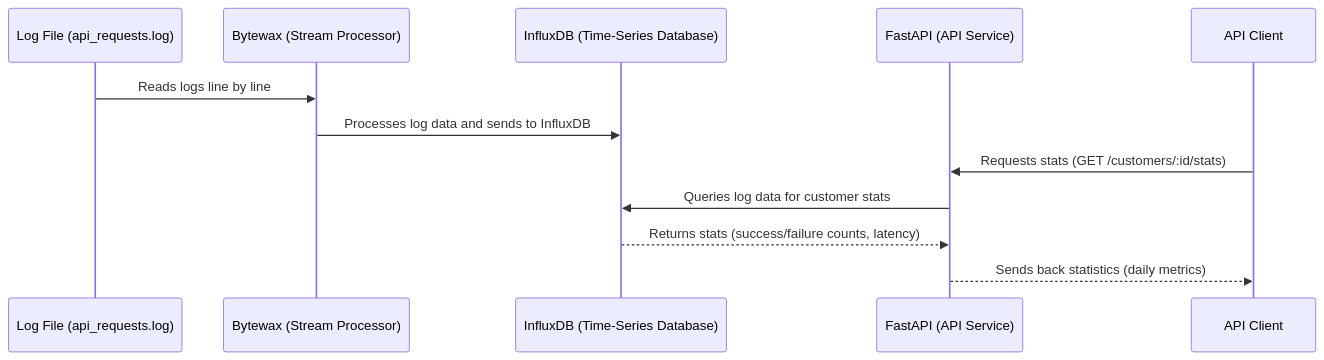
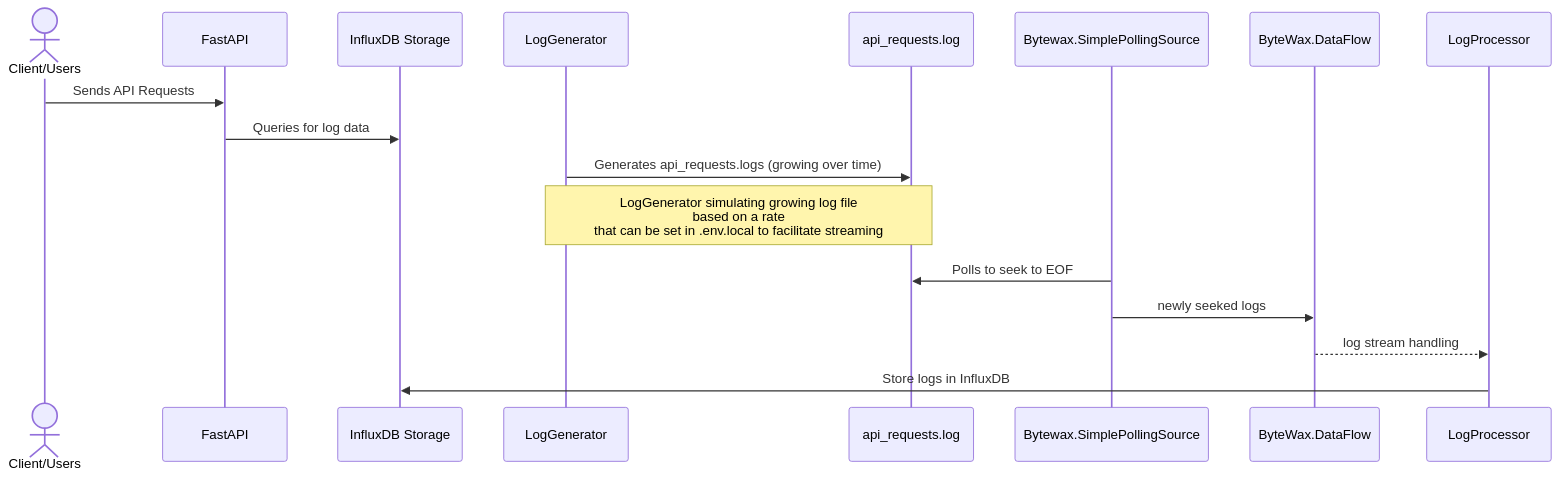
The diagram in readme.md (ashdaily/logstream2influx), drawn with Mermaid before and after one commit. The commit also changed other lines of this file and 1 other file, not shown here.

````diff
--- a/readme.md
+++ b/readme.md
@@ -5,16 +3,22 @@
 ```mermaid
 sequenceDiagram
-    participant LogFile as Log File (api_requests.log)
-    participant Bytewax as Bytewax (Stream Processor)
-    participant InfluxDB as InfluxDB (Time-Series Database)
-    participant FastAPI as FastAPI (API Service)
-    participant Client as API Client
+    actor Client/Users
+    participant FastAPI
+    participant InfluxDB Storage
+    participant LogGenerator
+    participant api_requests.log
+    participant Bytewax.SimplePollingSource
+    participant ByteWax.DataFlow
+    participant LogProcessor
+    
+    Client/Users->>FastAPI: Sends API Requests
+    FastAPI->>InfluxDB Storage: Queries for log data
 
-    LogFile->>Bytewax: Reads logs line by line
-    Bytewax->>InfluxDB: Processes log data and sends to InfluxDB
-    Client->>FastAPI: Requests stats (GET /customers/:id/stats)
-    FastAPI->>InfluxDB: Queries log data for customer stats
-    InfluxDB-->>FastAPI: Returns stats (success/failure counts, latency)
-    FastAPI-->>Client: Sends back statistics (daily metrics)
-
+    LogGenerator->>api_requests.log: Generates api_requests.logs (growing over time)
+    Note over LogGenerator,api_requests.log: LogGenerator simulating growing log file<br>based on a rate <br> that can be set in .env.local to facilitate streaming
+    
+    Bytewax.SimplePollingSource ->>api_requests.log: Polls to seek to EOF
+    Bytewax.SimplePollingSource->>ByteWax.DataFlow: newly seeked logs
+    ByteWax.DataFlow-->>LogProcessor : log stream handling
+    LogProcessor->>InfluxDB Storage: Store logs in InfluxDB
 ```
````
